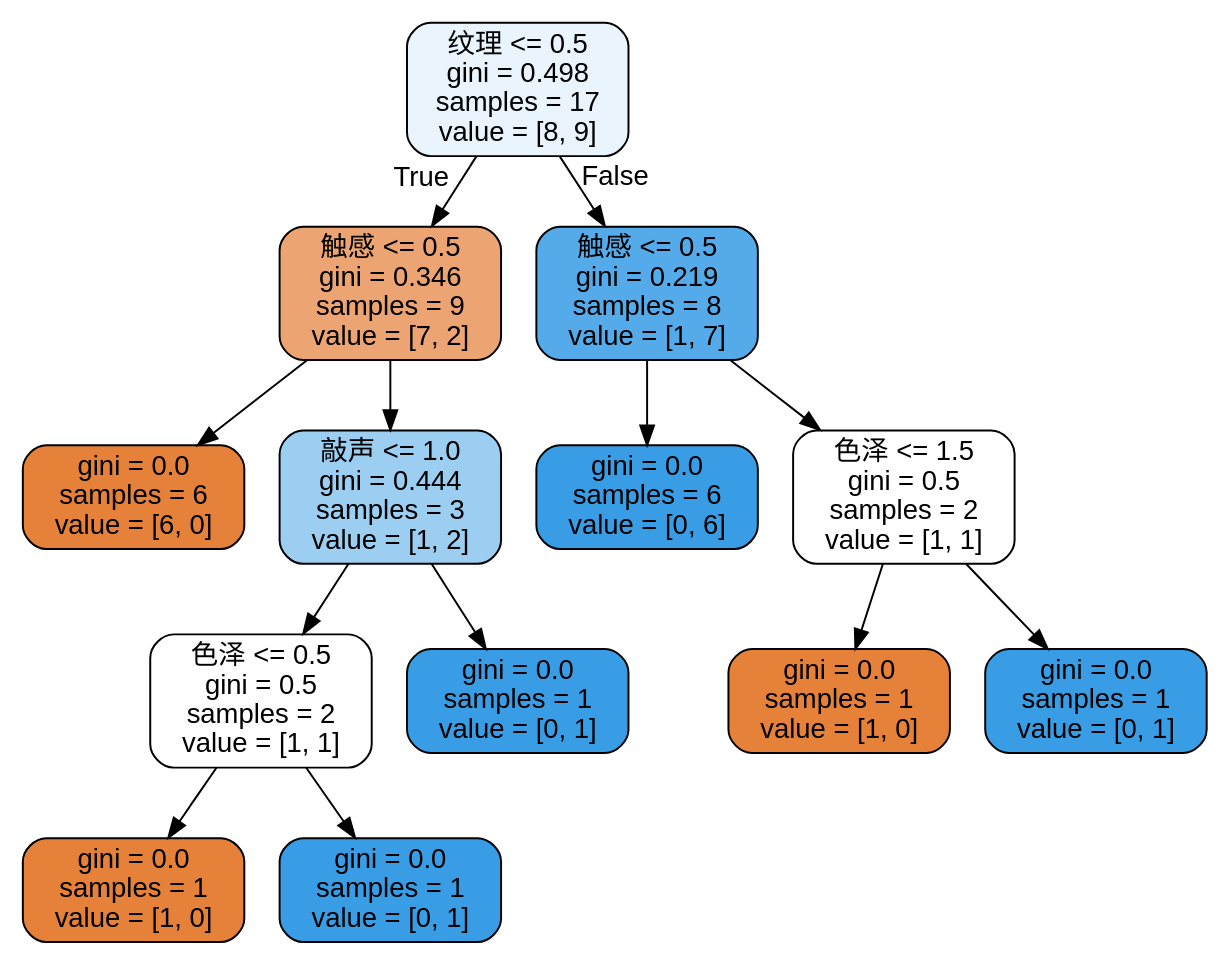
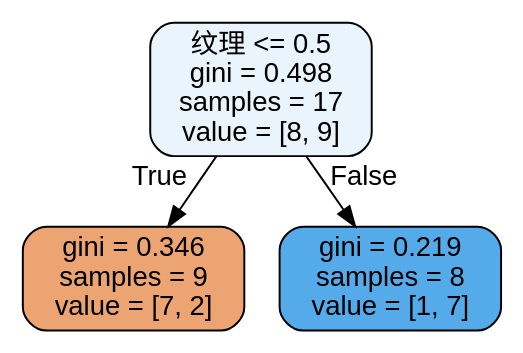
Before and after one commit to Knowledge-Precipitation-Tribe/Decision-tree-and-Random-forest: the diagram in code/CART/tree.dot, drawn with Graphviz. The commit also changed 2 other files, not shown here.

```diff
--- a/code/CART/tree.dot
+++ b/code/CART/tree.dot
@@ -1,29 +1,9 @@
 digraph Tree {
 node [shape=box, style="filled, rounded", color="black", fontname=helvetica] ;
 edge [fontname=helvetica] ;
 0 [label="纹理 <= 0.5\ngini = 0.498\nsamples = 17\nvalue = [8, 9]", fillcolor="#e9f4fc"] ;
-1 [label="触感 <= 0.5\ngini = 0.346\nsamples = 9\nvalue = [7, 2]", fillcolor="#eca572"] ;
+1 [label="gini = 0.346\nsamples = 9\nvalue = [7, 2]", fillcolor="#eca572"] ;
 0 -> 1 [labeldistance=2.5, labelangle=45, headlabel="True"] ;
-2 [label="gini = 0.0\nsamples = 6\nvalue = [6, 0]", fillcolor="#e58139"] ;
-1 -> 2 ;
-3 [label="敲声 <= 1.0\ngini = 0.444\nsamples = 3\nvalue = [1, 2]", fillcolor="#9ccef2"] ;
-1 -> 3 ;
-4 [label="色泽 <= 0.5\ngini = 0.5\nsamples = 2\nvalue = [1, 1]", fillcolor="#ffffff"] ;
-3 -> 4 ;
-5 [label="gini = 0.0\nsamples = 1\nvalue = [1, 0]", fillcolor="#e58139"] ;
-4 -> 5 ;
-6 [label="gini = 0.0\nsamples = 1\nvalue = [0, 1]", fillcolor="#399de5"] ;
-4 -> 6 ;
-7 [label="gini = 0.0\nsamples = 1\nvalue = [0, 1]", fillcolor="#399de5"] ;
-3 -> 7 ;
-8 [label="触感 <= 0.5\ngini = 0.219\nsamples = 8\nvalue = [1, 7]", fillcolor="#55abe9"] ;
-0 -> 8 [labeldistance=2.5, labelangle=-45, headlabel="False"] ;
-9 [label="gini = 0.0\nsamples = 6\nvalue = [0, 6]", fillcolor="#399de5"] ;
-8 -> 9 ;
-10 [label="色泽 <= 1.5\ngini = 0.5\nsamples = 2\nvalue = [1, 1]", fillcolor="#ffffff"] ;
-8 -> 10 ;
-11 [label="gini = 0.0\nsamples = 1\nvalue = [1, 0]", fillcolor="#e58139"] ;
-10 -> 11 ;
-12 [label="gini = 0.0\nsamples = 1\nvalue = [0, 1]", fillcolor="#399de5"] ;
-10 -> 12 ;
+2 [label="gini = 0.219\nsamples = 8\nvalue = [1, 7]", fillcolor="#55abe9"] ;
+0 -> 2 [labeldistance=2.5, labelangle=-45, headlabel="False"] ;
 }
```
